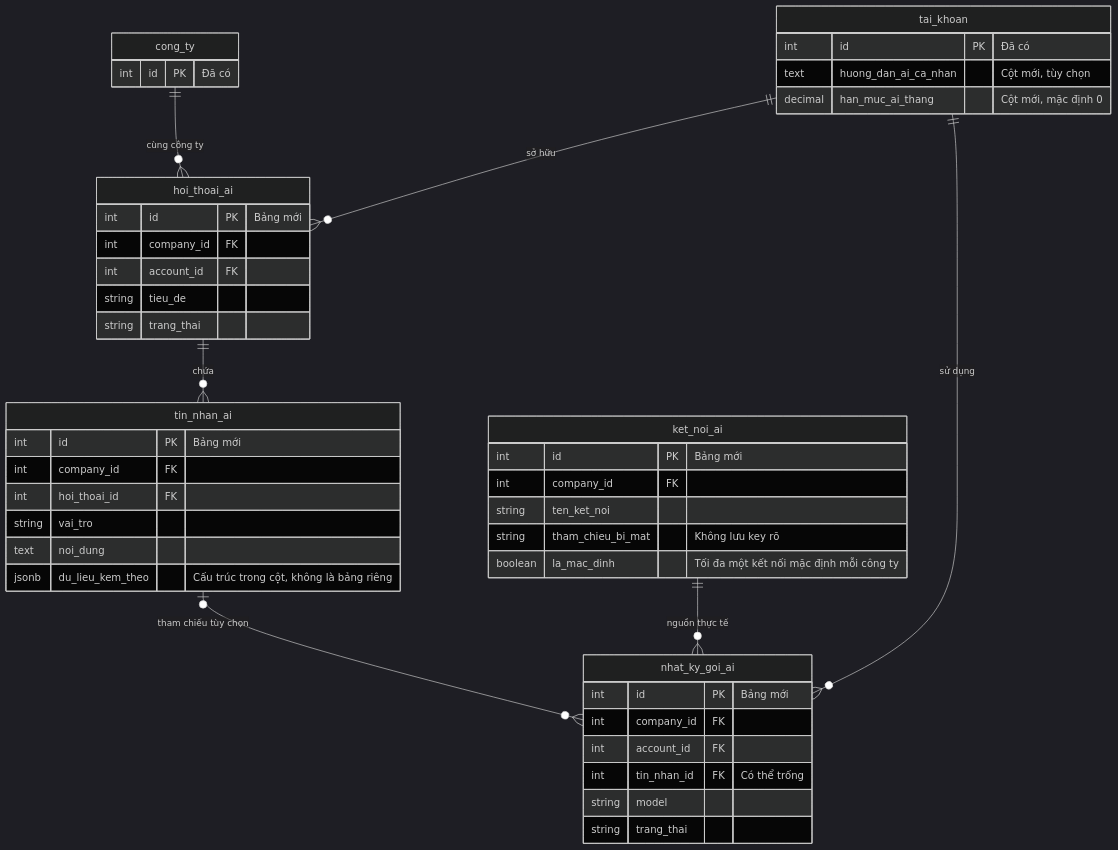
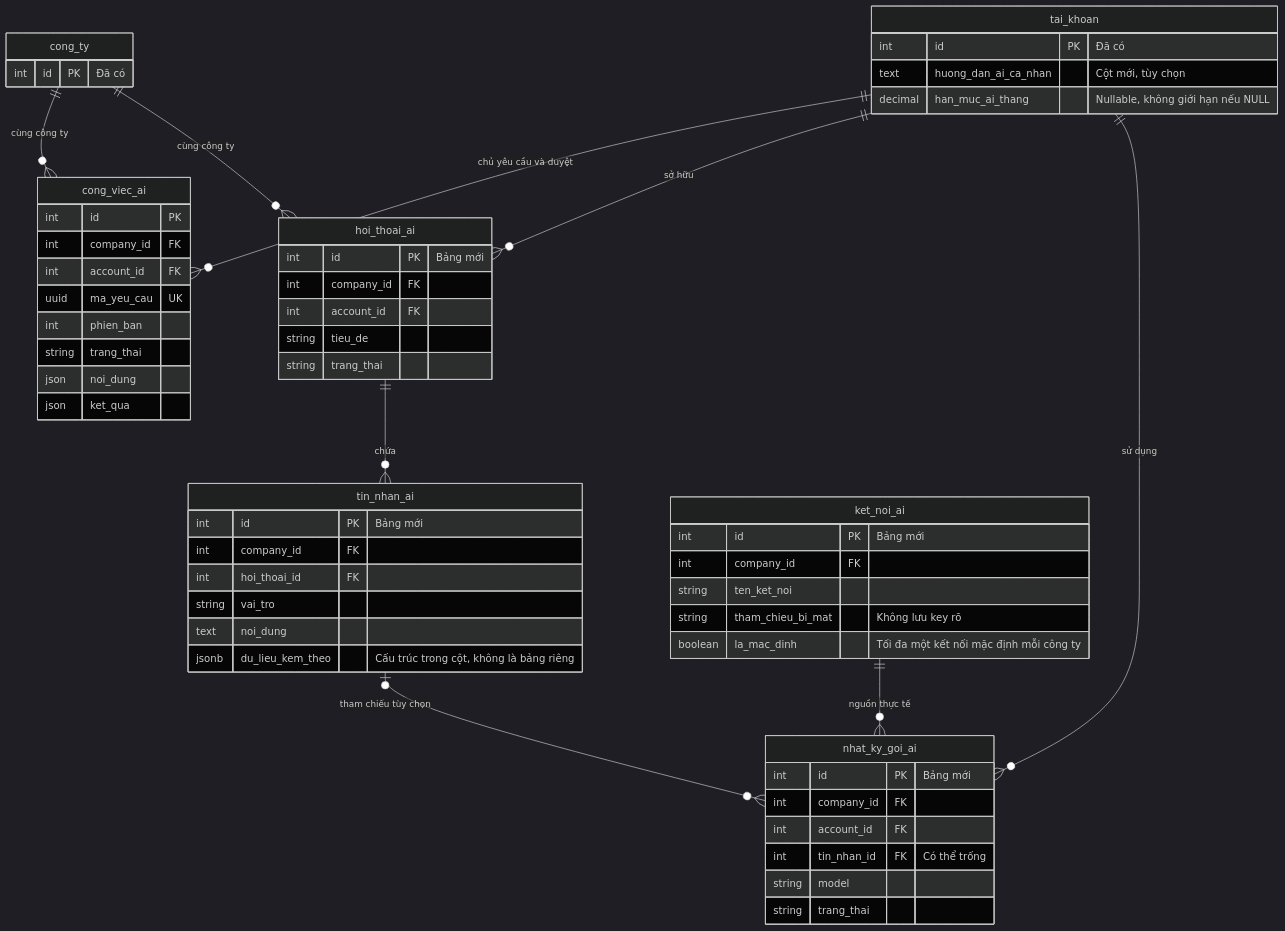
The second of 3 diagrams in docs/plans/AI-ASSISTANT-CHECKLIST.md (IceCrowNT/SGDERP), drawn with Mermaid (dark theme) before and after one commit. The commit also changed other lines of this file and 117 other files, not shown here.

````diff
--- a/docs/plans/AI-ASSISTANT-CHECKLIST.md
+++ b/docs/plans/AI-ASSISTANT-CHECKLIST.md
@@ -69,48 +77,60 @@
 ```mermaid
 erDiagram
+    cong_ty ||--o{ cong_viec_ai : "cùng công ty"
+    tai_khoan ||--o{ cong_viec_ai : "chủ yêu cầu và duyệt"
+    cong_viec_ai {
+        int id PK
+        int company_id FK
+        int account_id FK
+        uuid ma_yeu_cau UK
+        int phien_ban
+        string trang_thai
+        json noi_dung
+        json ket_qua
+    }
     cong_ty ||--o{ hoi_thoai_ai : "cùng công ty"
     tai_khoan ||--o{ hoi_thoai_ai : "sở hữu"
     hoi_thoai_ai ||--o{ tin_nhan_ai : "chứa"
     tai_khoan ||--o{ nhat_ky_goi_ai : "sử dụng"
     tin_nhan_ai o|--o{ nhat_ky_goi_ai : "tham chiếu tùy chọn"
     ket_noi_ai ||--o{ nhat_ky_goi_ai : "nguồn thực tế"
 
     cong_ty {
         int id PK "Đã có"
     }
     tai_khoan {
         int id PK "Đã có"
         text huong_dan_ai_ca_nhan "Cột mới, tùy chọn"
-        decimal han_muc_ai_thang "Cột mới, mặc định 0"
+        decimal han_muc_ai_thang "Nullable, không giới hạn nếu NULL"
     }
     hoi_thoai_ai {
         int id PK "Bảng mới"
         int company_id FK
         int account_id FK
         string tieu_de
         string trang_thai
     }
     tin_nhan_ai {
         int id PK "Bảng mới"
         int company_id FK
         int hoi_thoai_id FK
         string vai_tro
         text noi_dung
         jsonb du_lieu_kem_theo "Cấu trúc trong cột, không là bảng riêng"
     }
     nhat_ky_goi_ai {
         int id PK "Bảng mới"
         int company_id FK
         int account_id FK
         int tin_nhan_id FK "Có thể trống"
         string model
         string trang_thai
     }
     ket_noi_ai {
         int id PK "Bảng mới"
         int company_id FK
         string ten_ket_noi
         string tham_chieu_bi_mat "Không lưu key rõ"
         boolean la_mac_dinh "Tối đa một kết nối mặc định mỗi công ty"
     }
 ```
````
